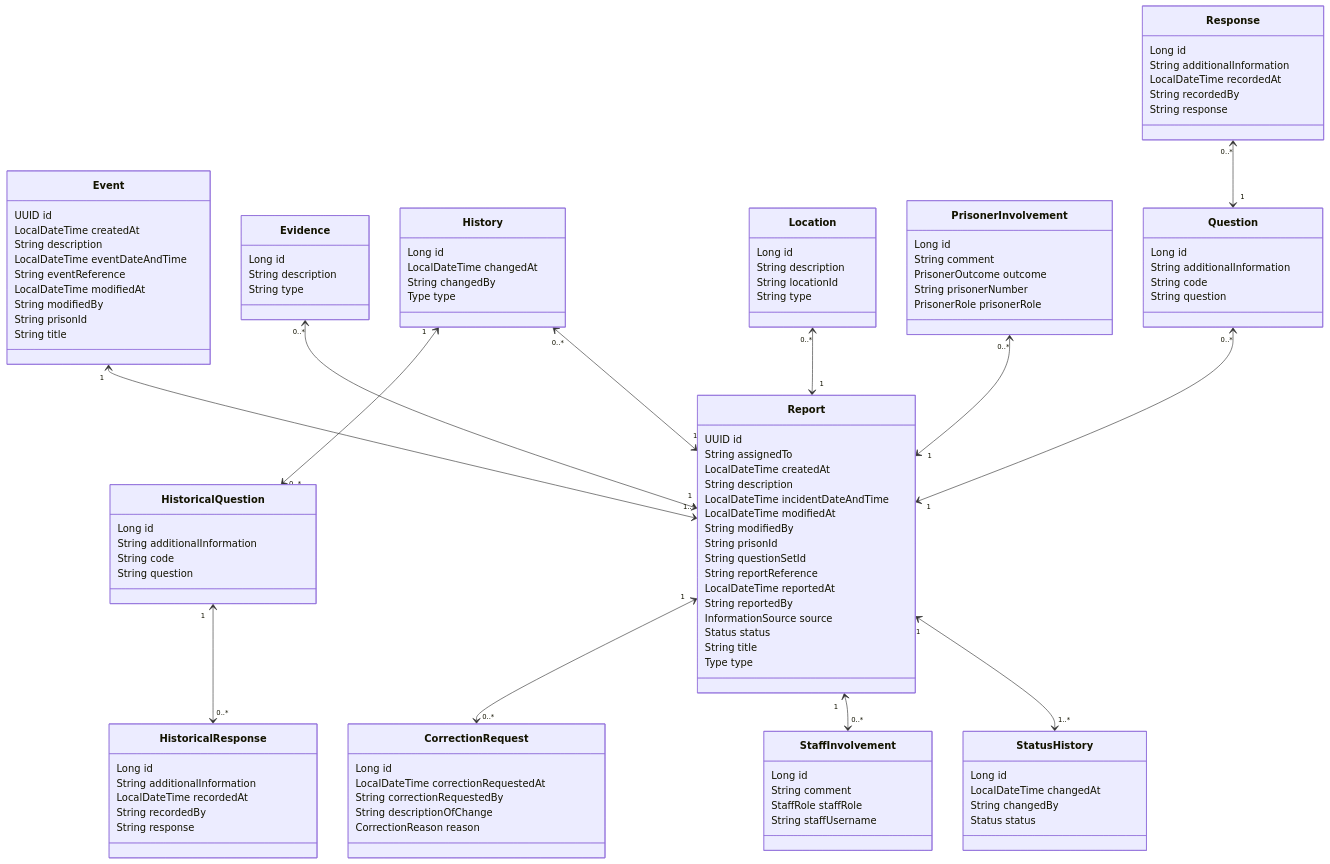
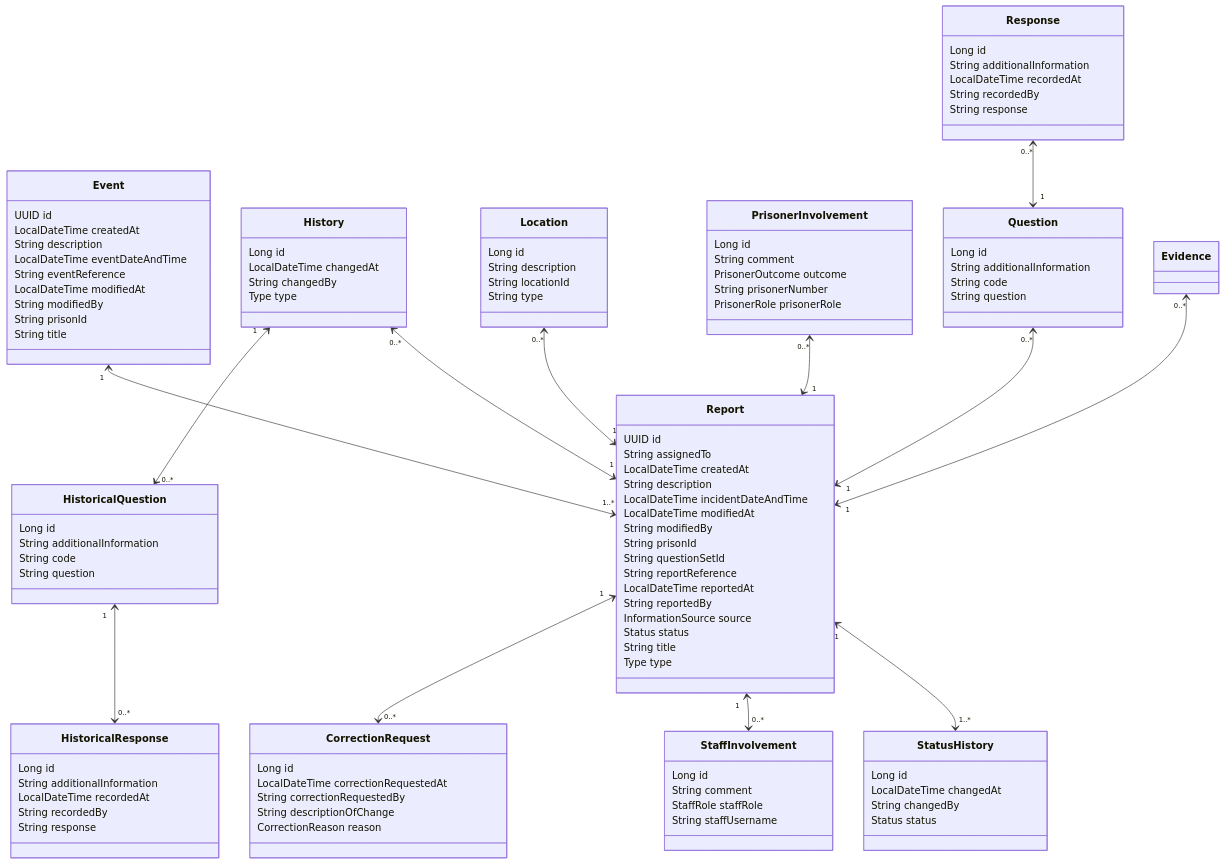
Before and after one commit to ministryofjustice/hmpps-incident-reporting-api: the first of 2 diagrams in docs/0004-modeling-irs.md, drawn with Mermaid. The commit also changed other lines of this file and 28 other files, not shown here.

```diff
--- a/docs/0004-modeling-irs.md
+++ b/docs/0004-modeling-irs.md
@@ -34,11 +34,6 @@
         String  modifiedBy
         String  prisonId
         String  title
-    }
-    class Evidence {
-        Long  id
-        String  description
-        String  type
     }
     class HistoricalQuestion {
         Long  id
```
